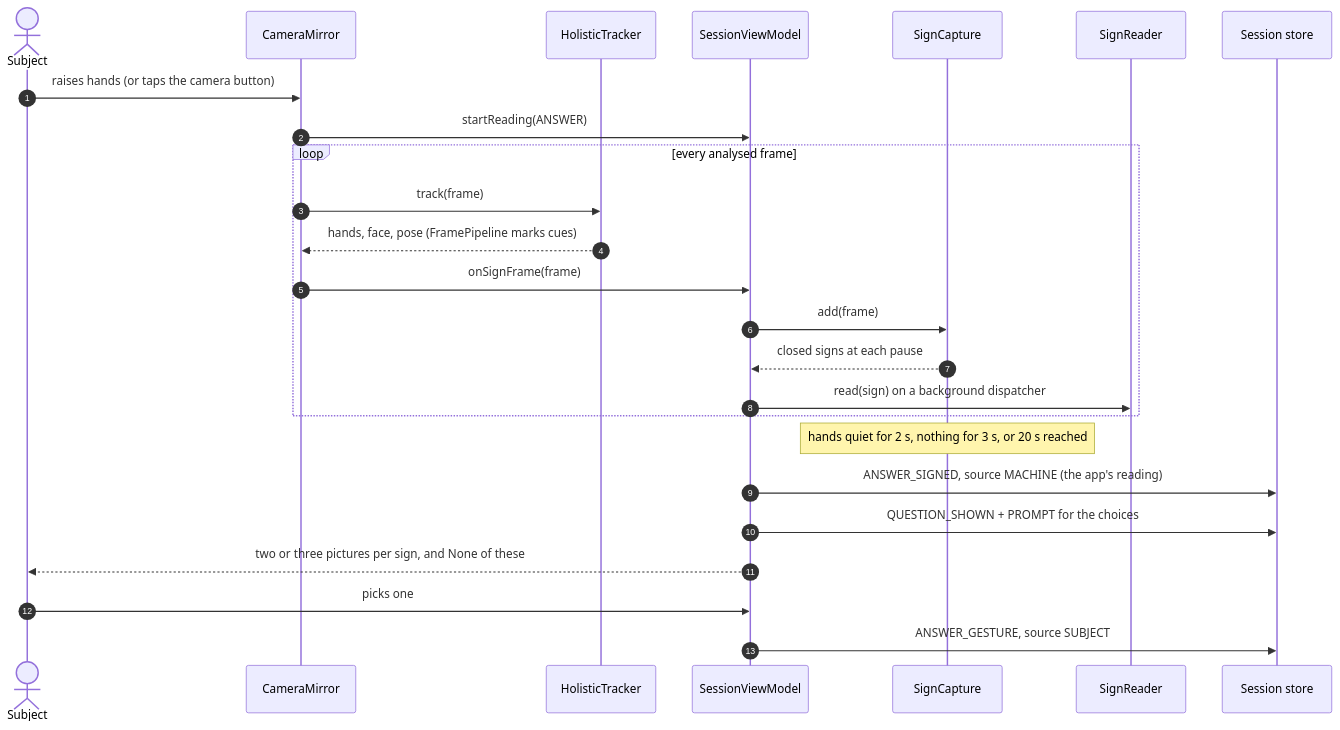
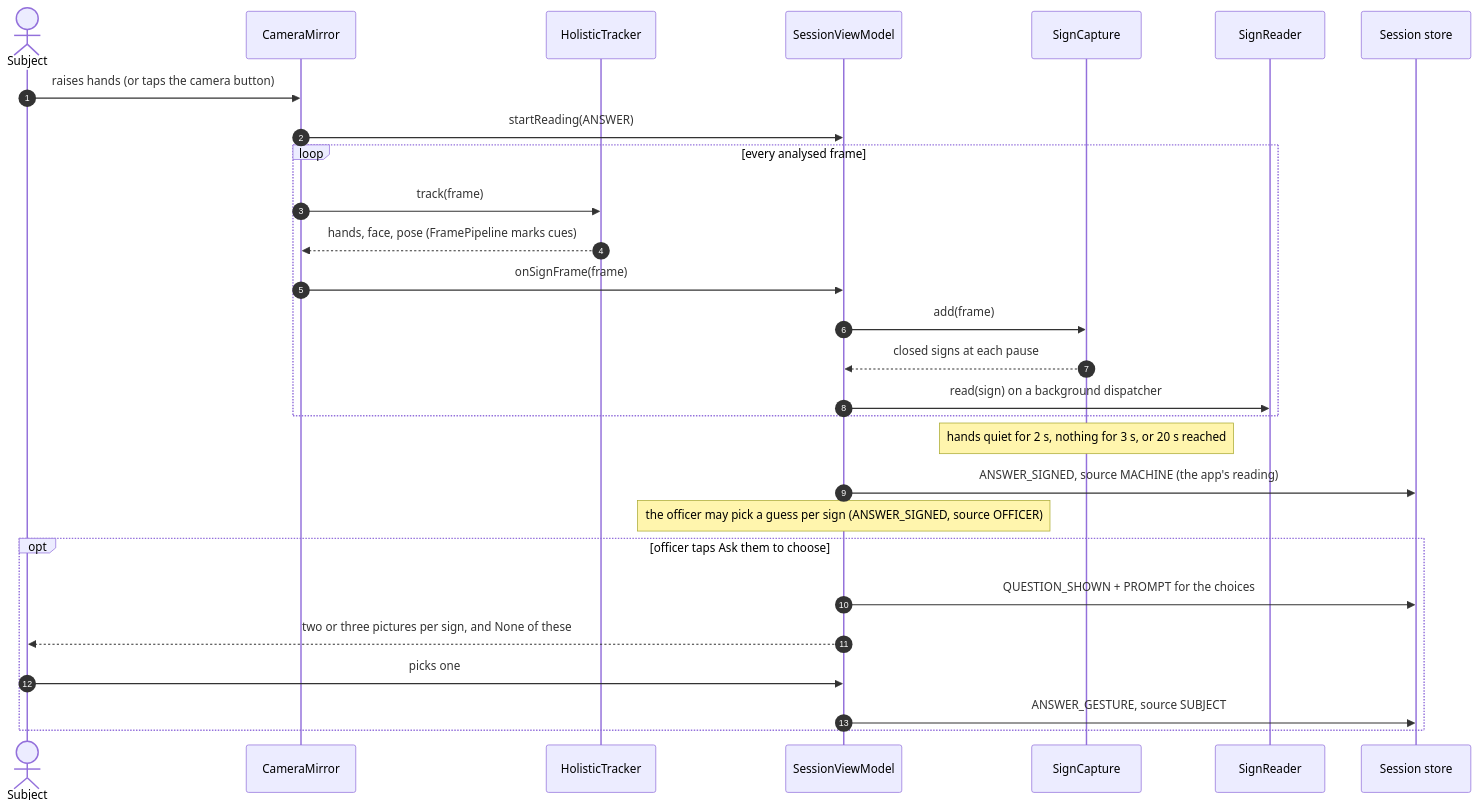
Diagram 16 of 16 in docs/02-architecture.md (CiValidator/SScivalidator), drawn with Mermaid before and after one commit. The commit also changed other lines of this file and 83 other files, not shown here.

````diff
--- a/docs/02-architecture.md
+++ b/docs/02-architecture.md
@@ -523,27 +522,30 @@
 ```mermaid
 sequenceDiagram
     autonumber
     actor S as Subject
     participant CM as CameraMirror
     participant HT as HolisticTracker
     participant VM as SessionViewModel
     participant SC as SignCapture
     participant RD as SignReader
     participant DB as Session store
     S->>CM: raises hands (or taps the camera button)
     CM->>VM: startReading(ANSWER)
     loop every analysed frame
         CM->>HT: track(frame)
         HT-->>CM: hands, face, pose (FramePipeline marks cues)
         CM->>VM: onSignFrame(frame)
         VM->>SC: add(frame)
         SC-->>VM: closed signs at each pause
         VM->>RD: read(sign) on a background dispatcher
     end
     Note over SC: hands quiet for 2 s, nothing for 3 s, or 20 s reached
     VM->>DB: ANSWER_SIGNED, source MACHINE (the app's reading)
-    VM->>DB: QUESTION_SHOWN + PROMPT for the choices
-    VM-->>S: two or three pictures per sign, and None of these
-    S->>VM: picks one
-    VM->>DB: ANSWER_GESTURE, source SUBJECT
+    Note over VM: the officer may pick a guess per sign (ANSWER_SIGNED, source OFFICER)
+    opt officer taps Ask them to choose
+        VM->>DB: QUESTION_SHOWN + PROMPT for the choices
+        VM-->>S: two or three pictures per sign, and None of these
+        S->>VM: picks one
+        VM->>DB: ANSWER_GESTURE, source SUBJECT
+    end
 ```
````
